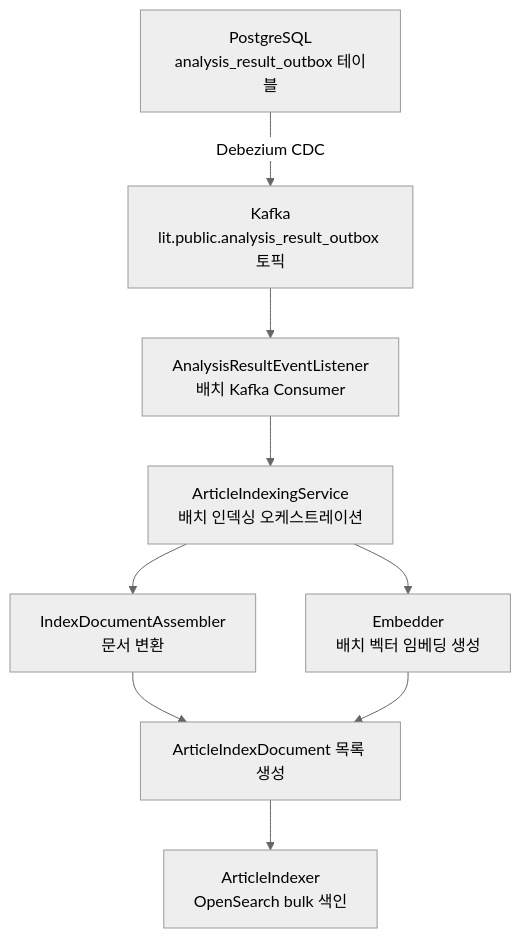
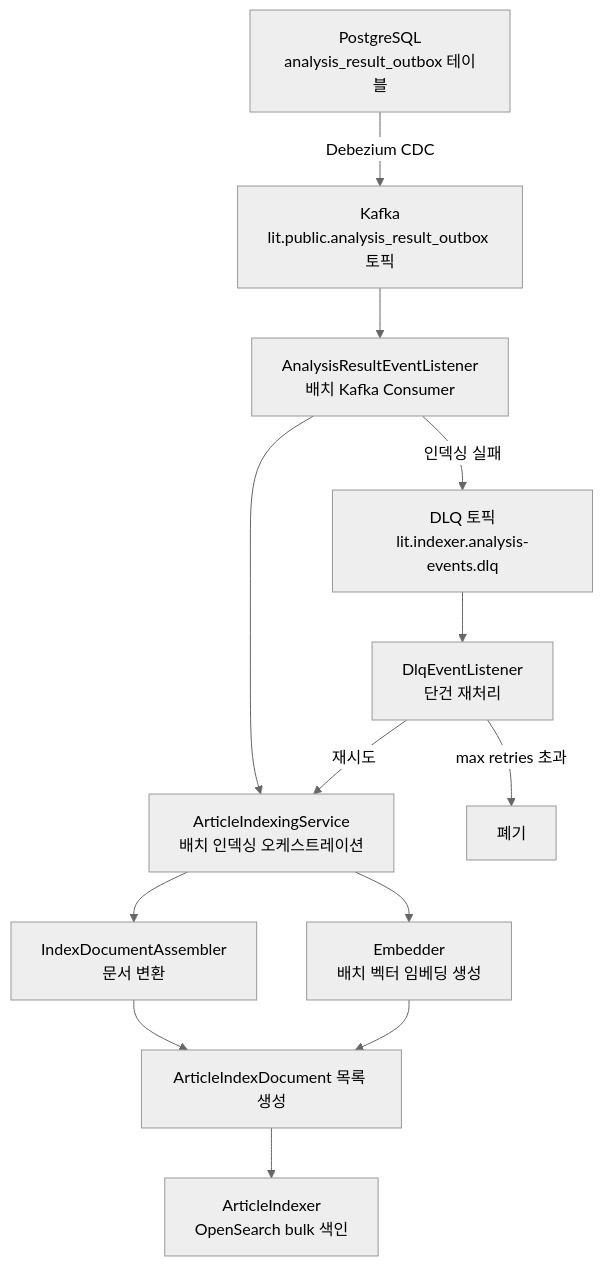
The first of 3 diagrams in indexer/ARCHITECTURE.md (vonkernel/local-incident-tracker), drawn with Mermaid (neutral theme) before and after one commit. The commit also changed other lines of this file, not shown here.

First line of the commit message:
Update indexer ARCHITECTURE.md with DLQ documentation

````diff
--- a/indexer/ARCHITECTURE.md
+++ b/indexer/ARCHITECTURE.md
@@ -41,11 +42,15 @@
 ```mermaid
 flowchart TD
     A[PostgreSQL<br/>analysis_result_outbox 테이블] -->|Debezium CDC| B[Kafka<br/>lit.public.analysis_result_outbox 토픽]
     B --> C[AnalysisResultEventListener<br/>배치 Kafka Consumer]
     C --> D[ArticleIndexingService<br/>배치 인덱싱 오케스트레이션]
     D --> E[IndexDocumentAssembler<br/>문서 변환]
     D --> F[Embedder<br/>배치 벡터 임베딩 생성]
     E --> G[ArticleIndexDocument 목록 생성]
     F --> G
     G --> H[ArticleIndexer<br/>OpenSearch bulk 색인]
+    C -->|인덱싱 실패| I[DLQ 토픽<br/>lit.indexer.analysis-events.dlq]
+    I --> J[DlqEventListener<br/>단건 재처리]
+    J -->|재시도| D
+    J -->|max retries 초과| K[폐기]
 ```
````
